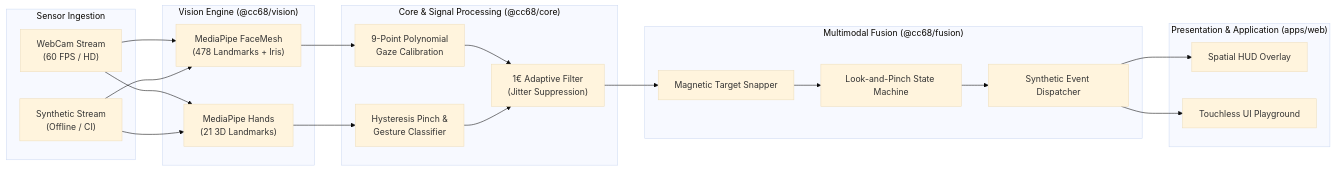
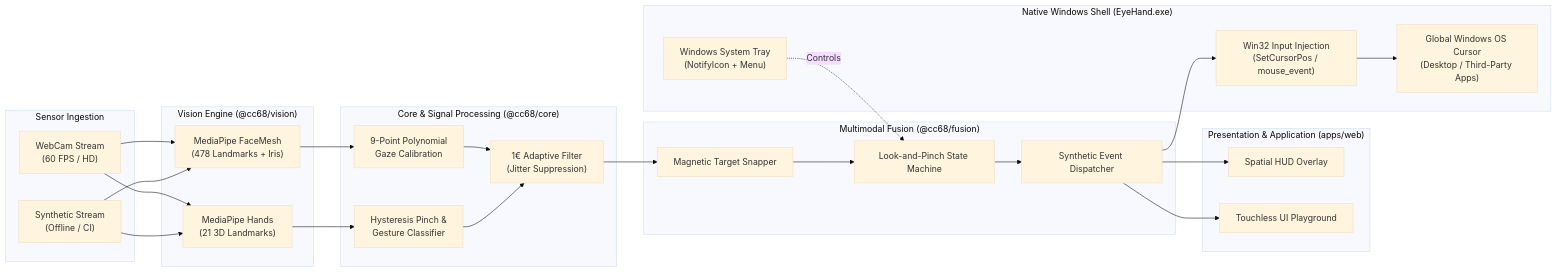
One commit to PRN-6/cc68 changed the diagram in docs/PROJECT_OVERVIEW.md. Above: the diagram before and after it, drawn with Mermaid (base theme). The commit also changed other lines of this file and 7 other files, not shown here.

Commit message:
docs: document Windows System Tray integration, EyeHand.exe architecture, and Win32 cursor control

````diff
--- a/docs/PROJECT_OVERVIEW.md
+++ b/docs/PROJECT_OVERVIEW.md
@@ -23,36 +25,44 @@
 ```mermaid
 flowchart LR
     subgraph SENSORS ["Sensor Ingestion"]
         CAM["WebCam Stream\n(60 FPS / HD)"]
         SYNTH["Synthetic Stream\n(Offline / CI)"]
     end
 
     subgraph VISION ["Vision Engine (@cc68/vision)"]
         FACE["MediaPipe FaceMesh\n(478 Landmarks + Iris)"]
         HAND["MediaPipe Hands\n(21 3D Landmarks)"]
     end
 
     subgraph CORE ["Core & Signal Processing (@cc68/core)"]
         EURO["1€ Adaptive Filter\n(Jitter Suppression)"]
         CALIB["9-Point Polynomial\nGaze Calibration"]
         GEST["Hysteresis Pinch &\nGesture Classifier"]
     end
 
     subgraph FUSION ["Multimodal Fusion (@cc68/fusion)"]
         SNAP["Magnetic Target Snapper"]
         STATE["Look-and-Pinch State Machine"]
         DISPATCH["Synthetic Event Dispatcher"]
     end
 
     subgraph APPS ["Presentation & Application (apps/web)"]
         HUD["Spatial HUD Overlay"]
         UI["Touchless UI Playground"]
     end
 
+    subgraph DESKTOP ["Native Windows Shell (EyeHand.exe)"]
+        TRAY["Windows System Tray\n(NotifyIcon + Menu)"]
+        WIN32["Win32 Input Injection\n(SetCursorPos / mouse_event)"]
+        OS_CURSOR["Global Windows OS Cursor\n(Desktop / Third-Party Apps)"]
+    end
+
     CAM --> FACE & HAND
     SYNTH --> FACE & HAND
     FACE --> CALIB --> EURO
     HAND --> GEST --> EURO
     EURO --> SNAP --> STATE --> DISPATCH --> UI
     DISPATCH --> HUD
+    DISPATCH --> WIN32 --> OS_CURSOR
+    TRAY -. Controls .-> STATE
 ```
````
